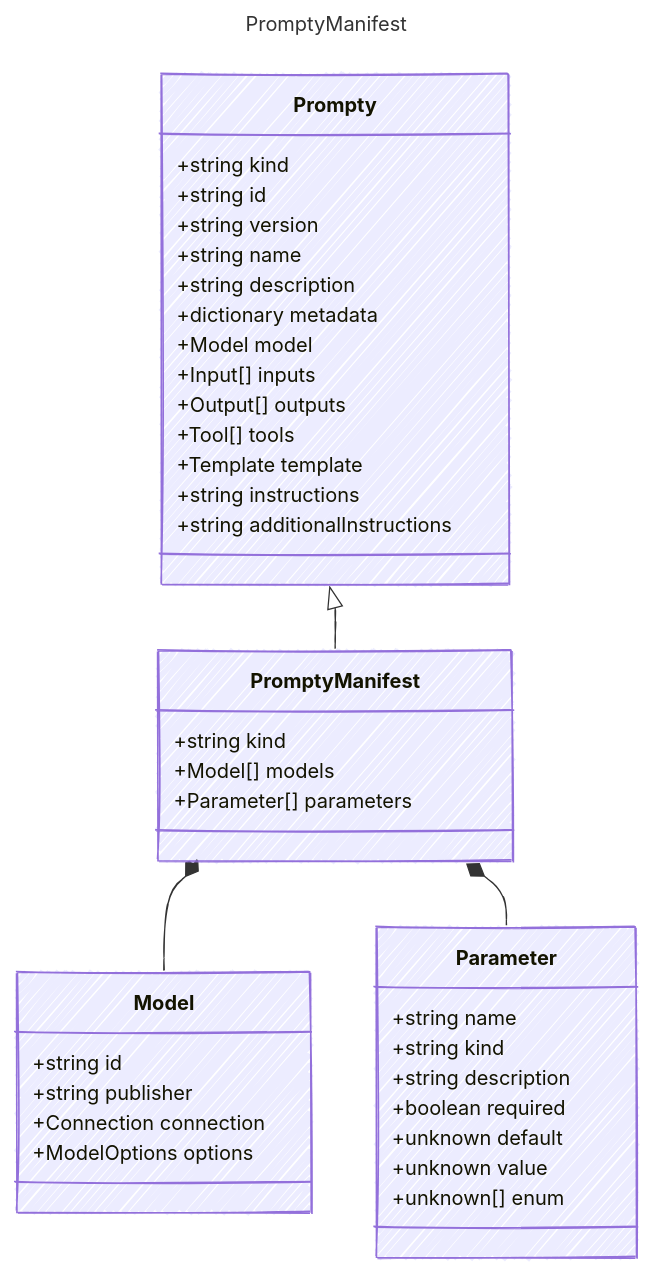
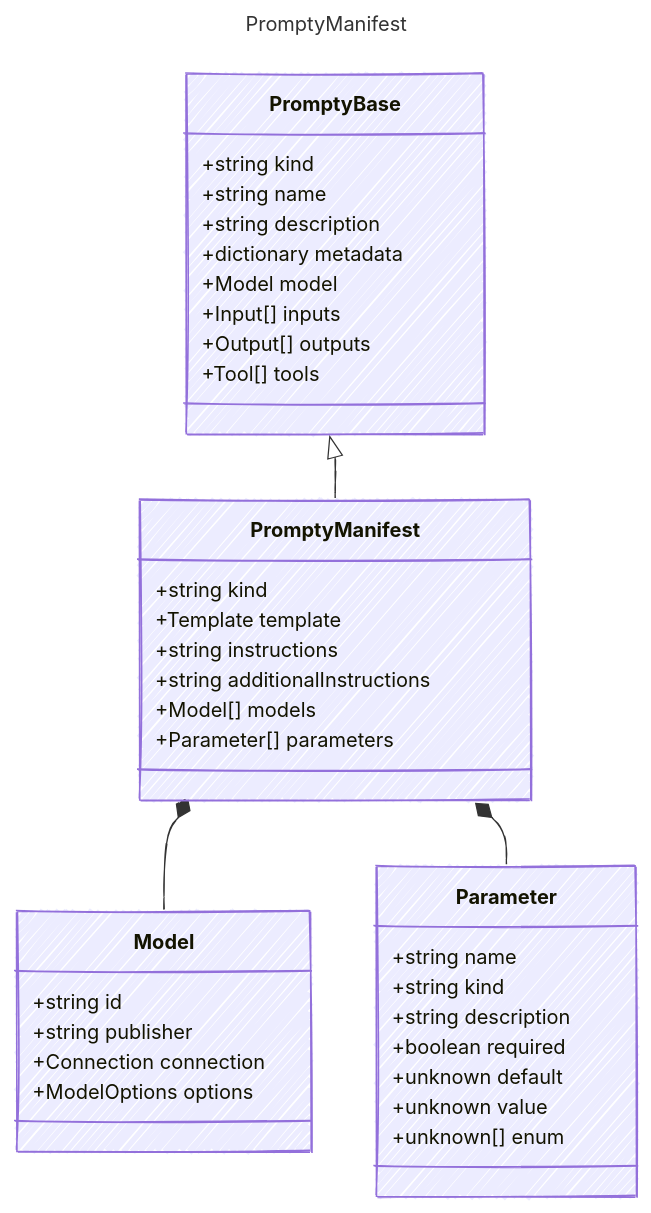
Before and after one commit to microsoft/prompty: the diagram in specification/prompty/docs/PromptyManifest.md, drawn with Mermaid. The commit also changed other lines of this file and 51 other files, not shown here.

````diff
--- a/specification/prompty/docs/PromptyManifest.md
+++ b/specification/prompty/docs/PromptyManifest.md
@@ -20,50 +20,48 @@
 ```mermaid
 ---
 title: PromptyManifest
 config:
   look: handDrawn
   theme: colorful
   class:
     hideEmptyMembersBox: true
 ---
 classDiagram
-    class Prompty {
+    class PromptyBase {
         +string kind
-        +string id
-        +string version
         +string name
         +string description
         +dictionary metadata
         +Model model
         +Input[] inputs
         +Output[] outputs
         +Tool[] tools
+    }
+    PromptyBase <|-- PromptyManifest
+    class PromptyManifest {
+      
+        +string kind
         +Template template
         +string instructions
         +string additionalInstructions
-    }
-    Prompty <|-- PromptyManifest
-    class PromptyManifest {
-      
-        +string kind
         +Model[] models
         +Parameter[] parameters
     }
     class Model {
         +string id
         +string publisher
         +Connection connection
         +ModelOptions options
     }
     PromptyManifest *-- Model
     class Parameter {
         +string name
         +string kind
         +string description
         +boolean required
         +unknown default
         +unknown value
         +unknown[] enum
     }
     PromptyManifest *-- Parameter
 ```
````
